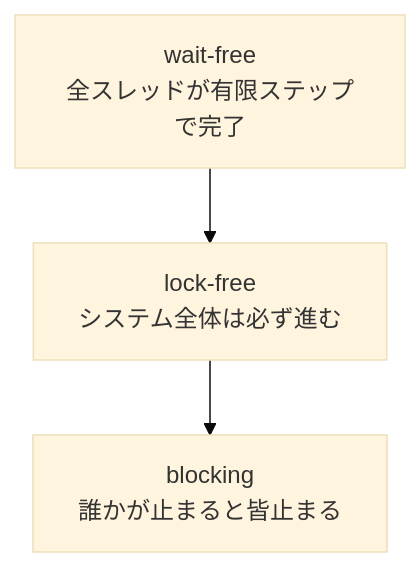
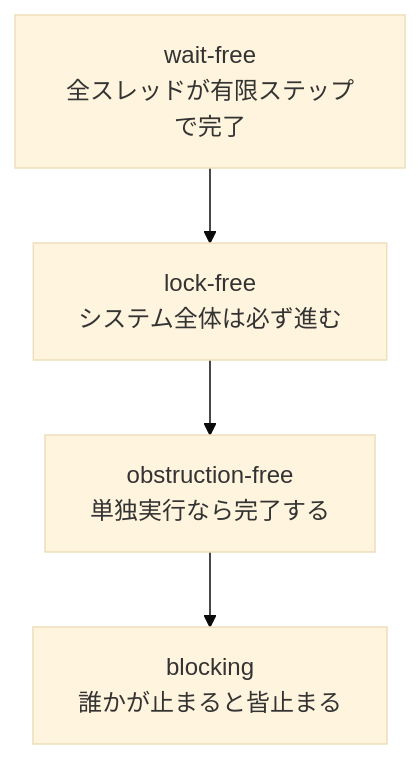
Before and after one commit to kolanglab/book_parallel_lang: the first of 2 diagrams in lock-free.md, drawn with Mermaid (base theme). The commit also changed other lines of this file and 18 other files, not shown here.

````diff
--- a/lock-free.md
+++ b/lock-free.md
@@ -13,5 +14,6 @@
 ```mermaid
 graph TD
     A[wait-free<br/>全スレッドが有限ステップで完了] --> B[lock-free<br/>システム全体は必ず進む]
-    B --> C[blocking<br/>誰かが止まると皆止まる]
+    B --> O[obstruction-free<br/>単独実行なら完了する]
+    O --> C[blocking<br/>誰かが止まると皆止まる]
 ```
````
